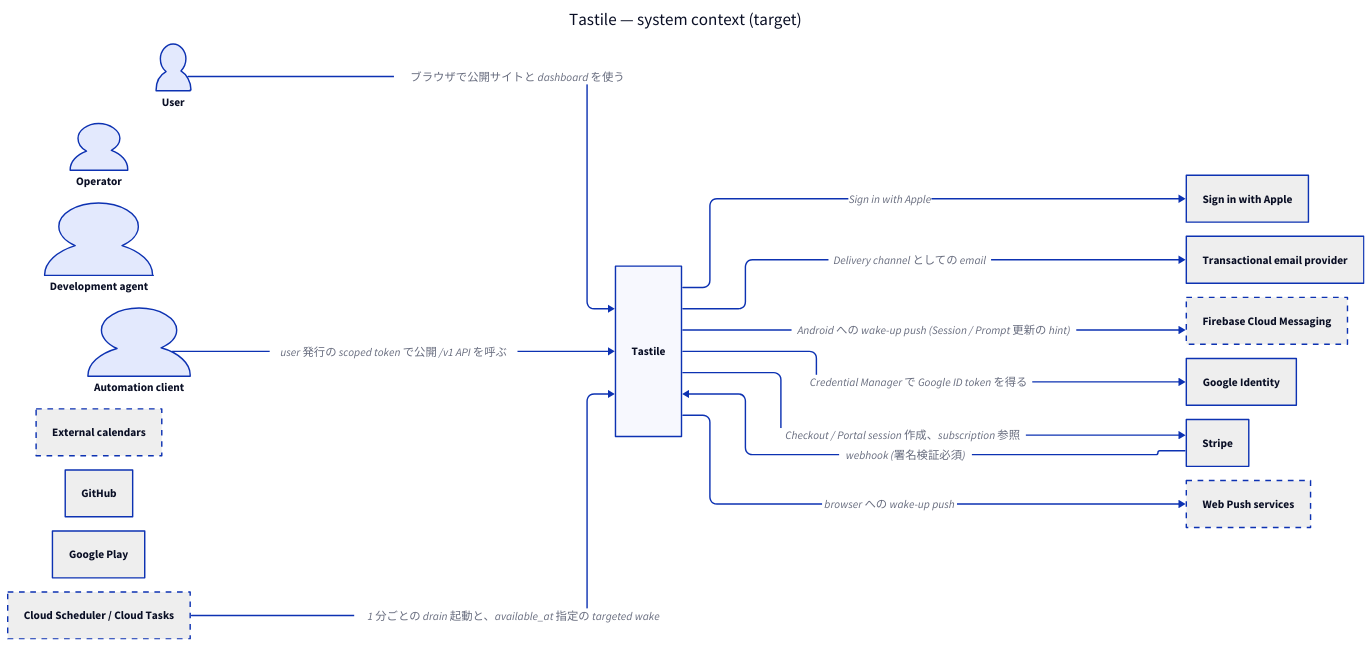
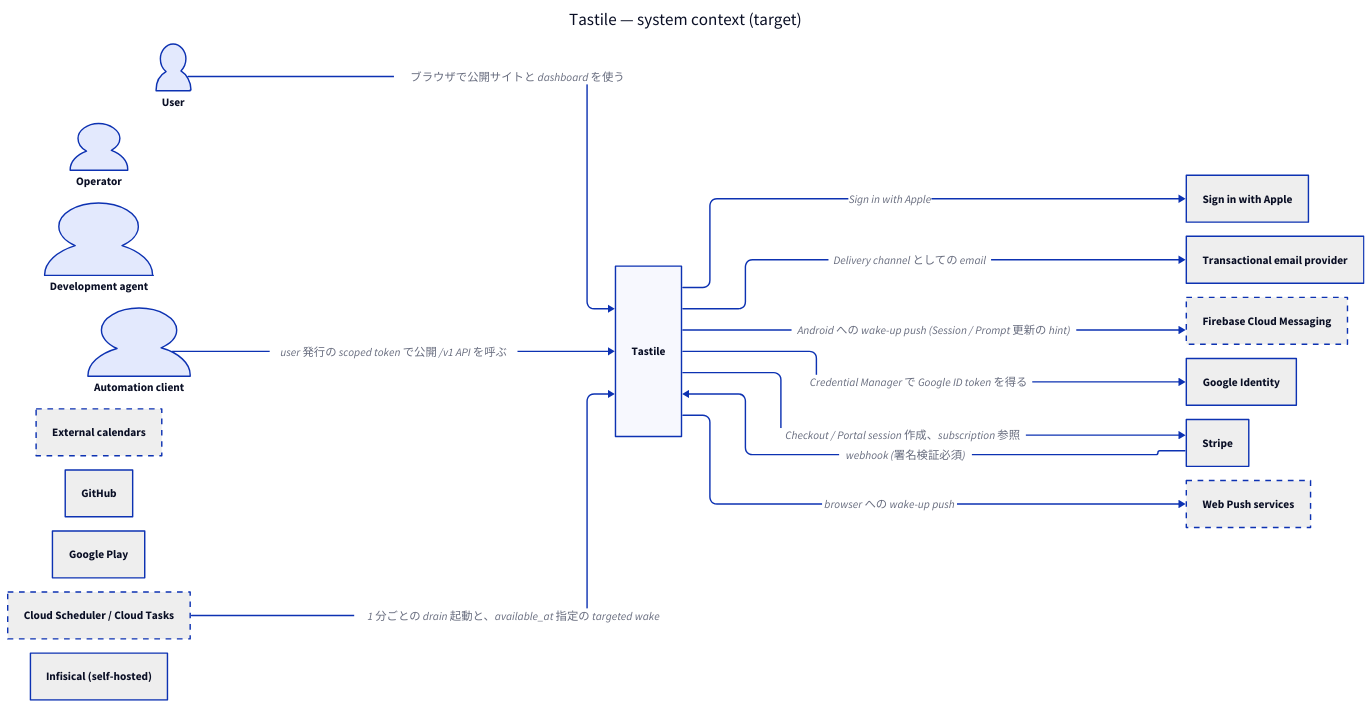
The diagram in architecture/views/context.d2 (tastile/tastile-root), drawn with D2 before and after one commit.

Commit message:
architecture: regenerate context view with Infisical

```diff
--- a/architecture/views/context.d2
+++ b/architecture/views/context.d2
@@ -1,71 +1,74 @@
 # GENERATED by scripts/architecture/generate.ts from architecture/model/*.yaml — do not edit.
 vars: {
   d2-config: {
     layout-engine: elk
   }
 }
 direction: right
 title: "Tastile — system context (target)" {
   near: top-center
   shape: text
   style.font-size: 24
 }
 
 actor_user: "User" {
   shape: person
 }
 actor_operator: "Operator" {
   shape: person
 }
 actor_dev_agent: "Development agent" {
   shape: person
 }
 actor_api_client: "Automation client" {
   shape: person
 }
 sys_tastile: "Tastile"
 ext_google_identity: "Google Identity" {
   style.fill: "#eeeeee"
 }
 ext_apple_identity: "Sign in with Apple" {
   style.fill: "#eeeeee"
 }
 ext_stripe: "Stripe" {
   style.fill: "#eeeeee"
 }
 ext_email: "Transactional email provider" {
   style.fill: "#eeeeee"
 }
 ext_fcm: "Firebase Cloud Messaging" {
   style.fill: "#eeeeee"
   style.stroke-dash: 4
 }
 ext_webpush: "Web Push services" {
   style.fill: "#eeeeee"
   style.stroke-dash: 4
 }
 ext_google_calendar: "External calendars" {
   style.fill: "#eeeeee"
   style.stroke-dash: 4
 }
 ext_github: "GitHub" {
   style.fill: "#eeeeee"
 }
 ext_google_play: "Google Play" {
   style.fill: "#eeeeee"
 }
 ext_scheduler: "Cloud Scheduler / Cloud Tasks" {
   style.fill: "#eeeeee"
   style.stroke-dash: 4
 }
+ext_infisical: "Infisical (self-hosted)" {
+  style.fill: "#eeeeee"
+}
 
 actor_api_client -> sys_tastile: "user 発行の scoped token で公開 /v1 API を呼ぶ"
 actor_user -> sys_tastile: "ブラウザで公開サイトと dashboard を使う"
 ext_scheduler -> sys_tastile: "1 分ごとの drain 起動と、available_at 指定の targeted wake"
 ext_stripe -> sys_tastile: "webhook (署名検証必須)"
 sys_tastile -> ext_apple_identity: "Sign in with Apple"
 sys_tastile -> ext_email: "Delivery channel としての email"
 sys_tastile -> ext_fcm: "Android への wake-up push (Session / Prompt 更新の hint)"
 sys_tastile -> ext_google_identity: "Credential Manager で Google ID token を得る"
 sys_tastile -> ext_stripe: "Checkout / Portal session 作成、subscription 参照"
 sys_tastile -> ext_webpush: "browser への wake-up push"
```
